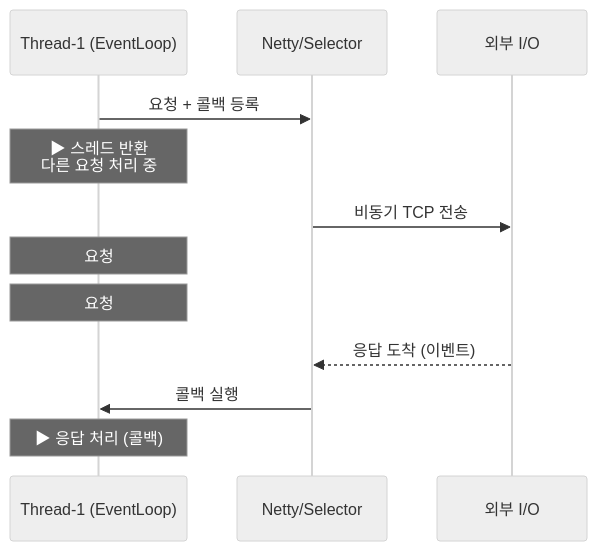
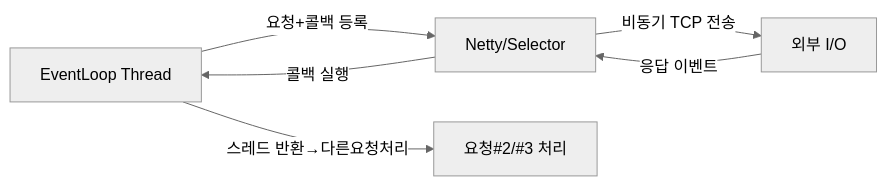
The fifth of 10 diagrams in _posts/spring/2026-05-12-webclient-thread-model.md (yjkim2015/yjkim2015.github.io), drawn with Mermaid (neutral theme) before and after one commit. The commit also changed other lines of this file and 84 other files, not shown here.

First line of the commit message:
85개 포스트 Mermaid 다이어그램 규칙 일괄 수정

````diff
--- a/_posts/spring/2026-05-12-webclient-thread-model.md
+++ b/_posts/spring/2026-05-12-webclient-thread-model.md
@@ -167,15 +135,8 @@
 ```mermaid
-sequenceDiagram
-    participant T1 as Thread-1 (EventLoop)
-    participant NET as Netty/Selector
-    participant IO as 외부 I/O
-
-    T1->>NET: 요청 + 콜백 등록
-    Note over T1: ▶ 스레드 반환<br/>다른 요청 처리 중
-    NET->>IO: 비동기 TCP 전송
-    Note over T1: 요청 #2 처리 중
-    Note over T1: 요청 #3 처리 중
-    IO-->>NET: 응답 도착 (이벤트)
-    NET->>T1: 콜백 실행
-    Note over T1: ▶ 응답 처리 (콜백)
+graph LR
+    T1["EventLoop Thread"] -->|"요청+콜백 등록"| NET["Netty/Selector"]
+    T1 -->|"스레드 반환→다른요청처리"| OTHER["요청#2/#3 처리"]
+    NET -->|"비동기 TCP 전송"| IO["외부 I/O"]
+    IO -->|"응답 이벤트"| NET
+    NET -->|"콜백 실행"| T1
 ```
````
